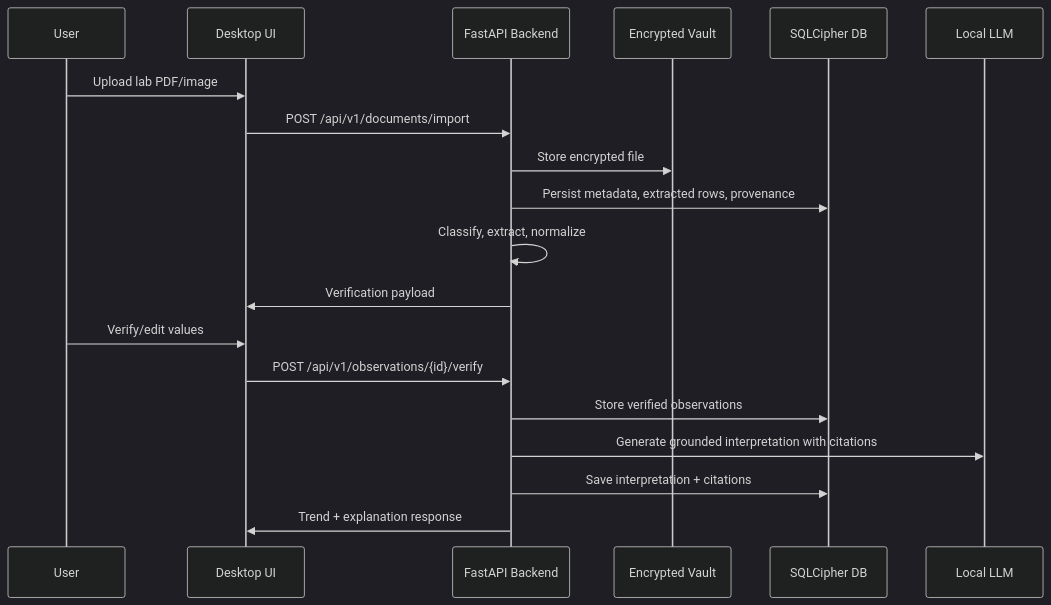
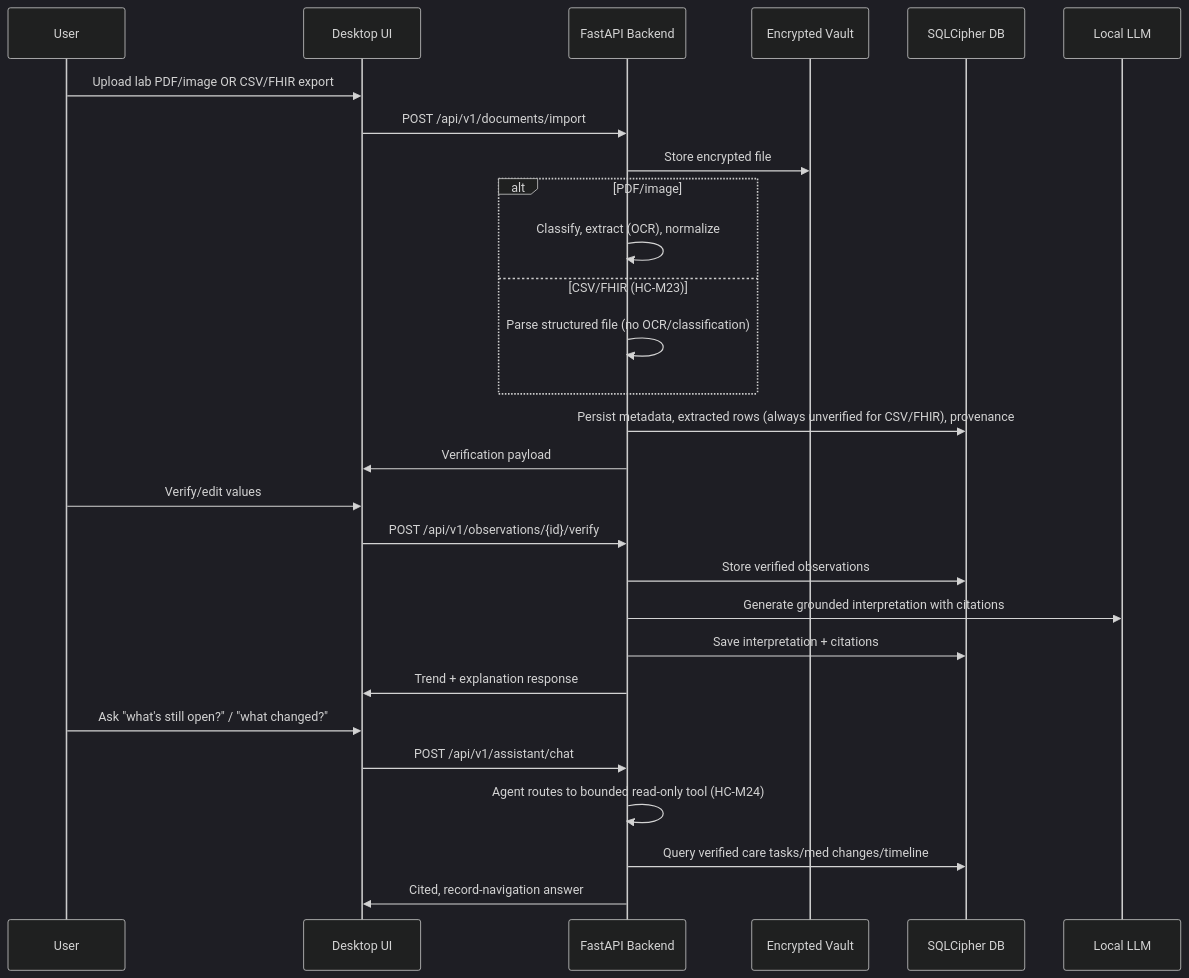
One commit to BrooklynD23/HealthCentral changed the fourth of 4 diagrams in README.md. Above: the diagram before and after it, drawn with Mermaid (dark theme). The commit also changed other lines of this file and 5 other files, not shown here.

First line of the commit message:
docs: bring API/architecture/feature docs up to date with Phases D & E

````diff
--- a/README.md
+++ b/README.md
@@ -153,22 +155,31 @@
 ```mermaid
 sequenceDiagram
     participant User
     participant UI as Desktop UI
     participant API as FastAPI Backend
     participant Vault as Encrypted Vault
     participant DB as SQLCipher DB
     participant LLM as Local LLM
 
-    User->>UI: Upload lab PDF/image
+    User->>UI: Upload lab PDF/image OR CSV/FHIR export
     UI->>API: POST /api/v1/documents/import
     API->>Vault: Store encrypted file
-    API->>DB: Persist metadata, extracted rows, provenance
-    API->>API: Classify, extract, normalize
+    alt PDF/image
+        API->>API: Classify, extract (OCR), normalize
+    else CSV/FHIR (HC-M23)
+        API->>API: Parse structured file (no OCR/classification)
+    end
+    API->>DB: Persist metadata, extracted rows (always unverified for CSV/FHIR), provenance
     API->>UI: Verification payload
     User->>UI: Verify/edit values
     UI->>API: POST /api/v1/observations/{id}/verify
     API->>DB: Store verified observations
     API->>LLM: Generate grounded interpretation with citations
     API->>DB: Save interpretation + citations
     API->>UI: Trend + explanation response
+    User->>UI: Ask "what's still open?" / "what changed?"
+    UI->>API: POST /api/v1/assistant/chat
+    API->>API: Agent routes to bounded read-only tool (HC-M24)
+    API->>DB: Query verified care tasks/med changes/timeline
+    API->>UI: Cited, record-navigation answer
 ```
````
